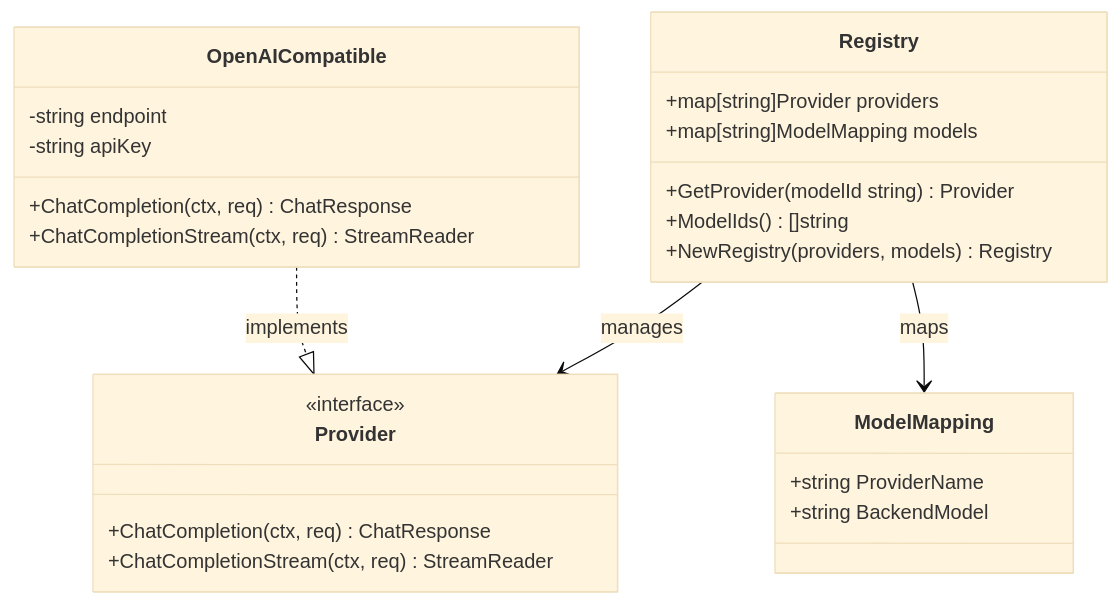
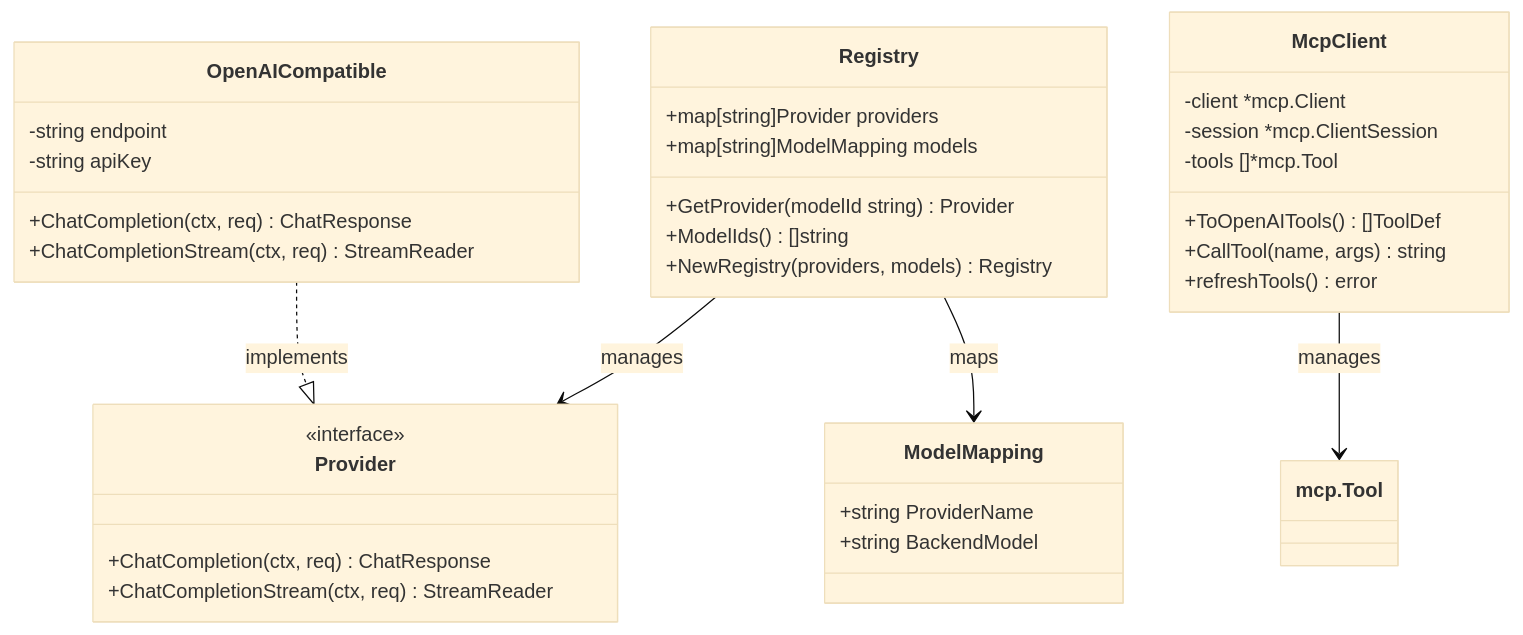
One commit to maomao94/zero-service changed the third of 8 diagrams in .qoder/repowiki/zh/content/核心服务详解/AI聊天服务.md. Above: the diagram before and after it, drawn with Mermaid (base theme). The commit also changed other lines of this file and 8 other files, not shown here.

````diff
--- a/.qoder/repowiki/zh/content/核心服务详解/AI聊天服务.md
+++ b/.qoder/repowiki/zh/content/核心服务详解/AI聊天服务.md
@@ -210,28 +259,37 @@
 ```mermaid
 classDiagram
 class Registry {
 +map[string]Provider providers
 +map[string]ModelMapping models
 +GetProvider(modelId string) Provider
 +ModelIds() []string
 +NewRegistry(providers, models) Registry
 }
 class Provider {
 <<interface>>
 +ChatCompletion(ctx, req) ChatResponse
 +ChatCompletionStream(ctx, req) StreamReader
 }
 class OpenAICompatible {
 -string endpoint
 -string apiKey
 +ChatCompletion(ctx, req) ChatResponse
 +ChatCompletionStream(ctx, req) StreamReader
 }
 class ModelMapping {
 +string ProviderName
 +string BackendModel
 }
+class McpClient {
+-client *mcp.Client
+-session *mcp.ClientSession
+-tools []*mcp.Tool
++ToOpenAITools() []ToolDef
++CallTool(name, args) string
++refreshTools() error
+}
 Registry --> Provider : manages
 Registry --> ModelMapping : maps
 OpenAICompatible ..|> Provider : implements
+McpClient --> mcp.Tool : manages
 ```
````
